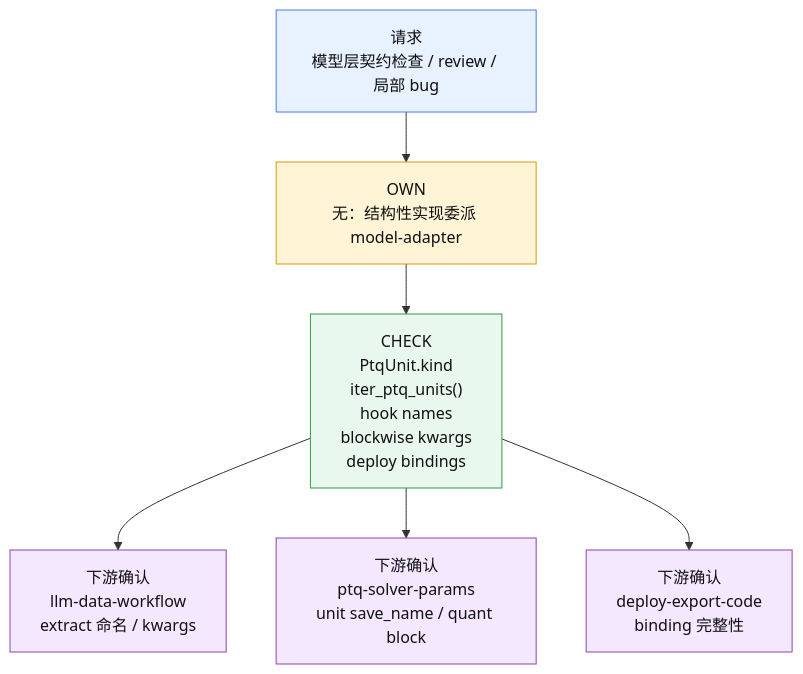
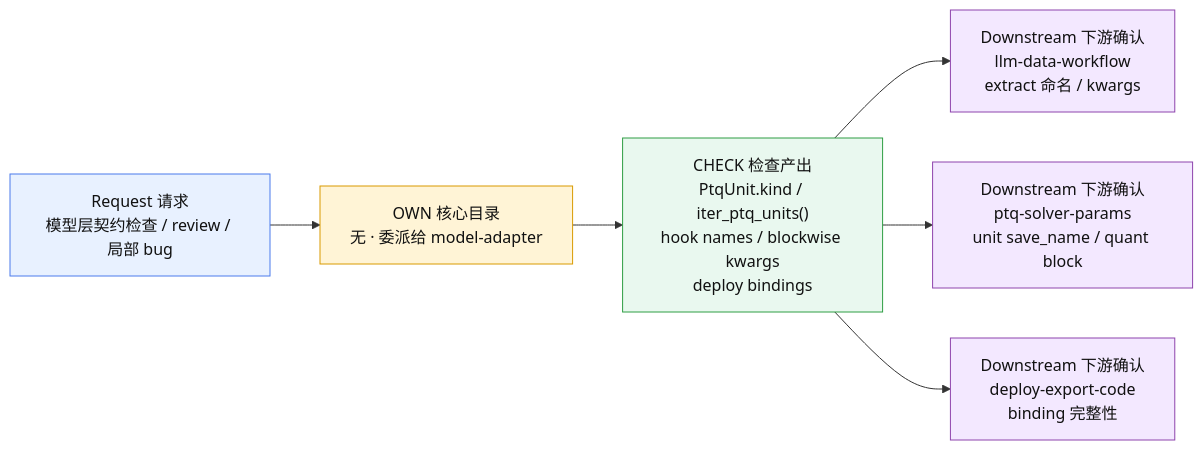
The fifth of 11 diagrams in .agents/docs/amct-coder-module-analysis.md (Atlas-Ascend-Fork/amct), drawn with Mermaid before and after one commit. The commit also changed other lines of this file, not shown here.

````diff
--- a/.agents/docs/amct-coder-module-analysis.md
+++ b/.agents/docs/amct-coder-module-analysis.md
@@ -162,17 +212,17 @@
 ```mermaid
-flowchart TB
-    A["请求<br/>模型层契约检查 / review / 局部 bug"] --> B["OWN<br/>无：结构性实现委派 model-adapter"]
-    B --> C["CHECK<br/>PtqUnit.kind<br/>iter_ptq_units()<br/>hook names<br/>blockwise kwargs<br/>deploy bindings"]
-    C --> D["下游确认<br/>llm-data-workflow<br/>extract 命名 / kwargs"]
-    C --> E["下游确认<br/>ptq-solver-params<br/>unit save_name / quant block"]
-    C --> F["下游确认<br/>deploy-export-code<br/>binding 完整性"]
+flowchart LR
+    A["Request 请求<br/>模型层契约检查 / review / 局部 bug"] --> B["OWN 核心目录<br/>无 · 委派给 model-adapter"]
+    B --> C["CHECK 检查产出<br/>PtqUnit.kind / iter_ptq_units()<br/>hook names / blockwise kwargs<br/>deploy bindings"]
+    C --> D["Downstream 下游确认<br/>llm-data-workflow<br/>extract 命名 / kwargs"]
+    C --> E["Downstream 下游确认<br/>ptq-solver-params<br/>unit save_name / quant block"]
+    C --> F["Downstream 下游确认<br/>deploy-export-code<br/>binding 完整性"]
 
     classDef entry fill:#e8f1ff,stroke:#4b7bec,stroke-width:1px,color:#111;
     classDef core fill:#fff4d6,stroke:#d99a00,stroke-width:1px,color:#111;
     classDef data fill:#e9f8ef,stroke:#2f9e44,stroke-width:1px,color:#111;
     classDef out fill:#f3e8ff,stroke:#8e44ad,stroke-width:1px,color:#111;
     class A entry;
     class B core;
     class C data;
     class D,E,F out;
 ```
````
